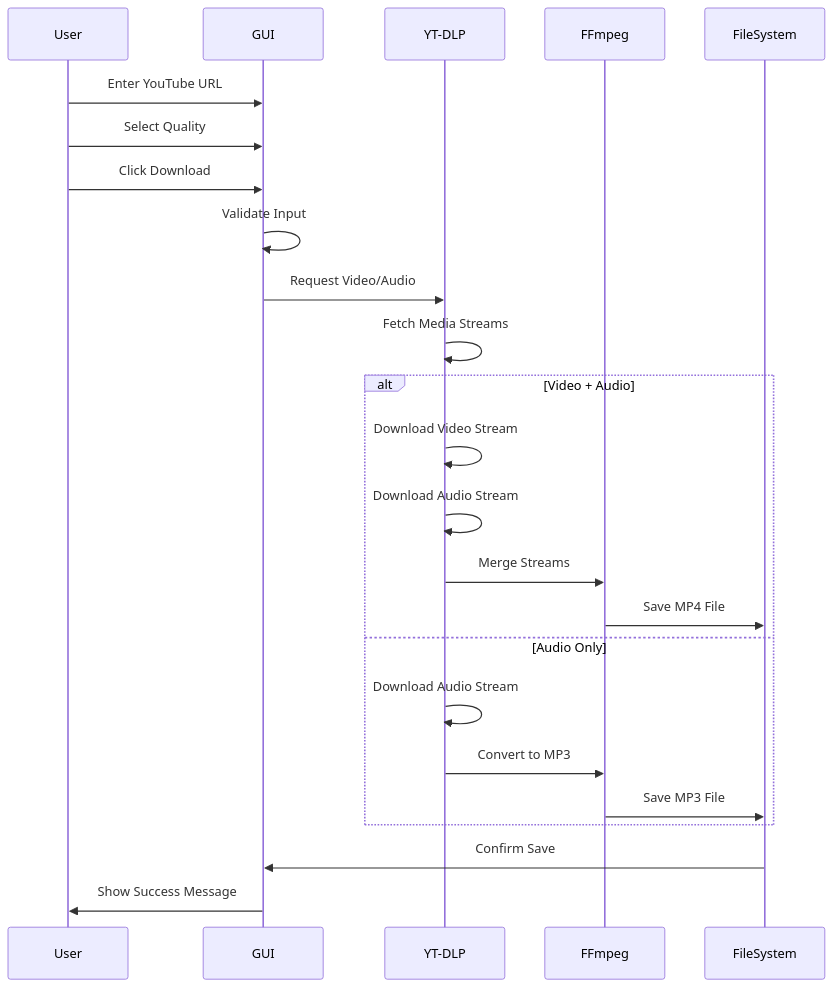
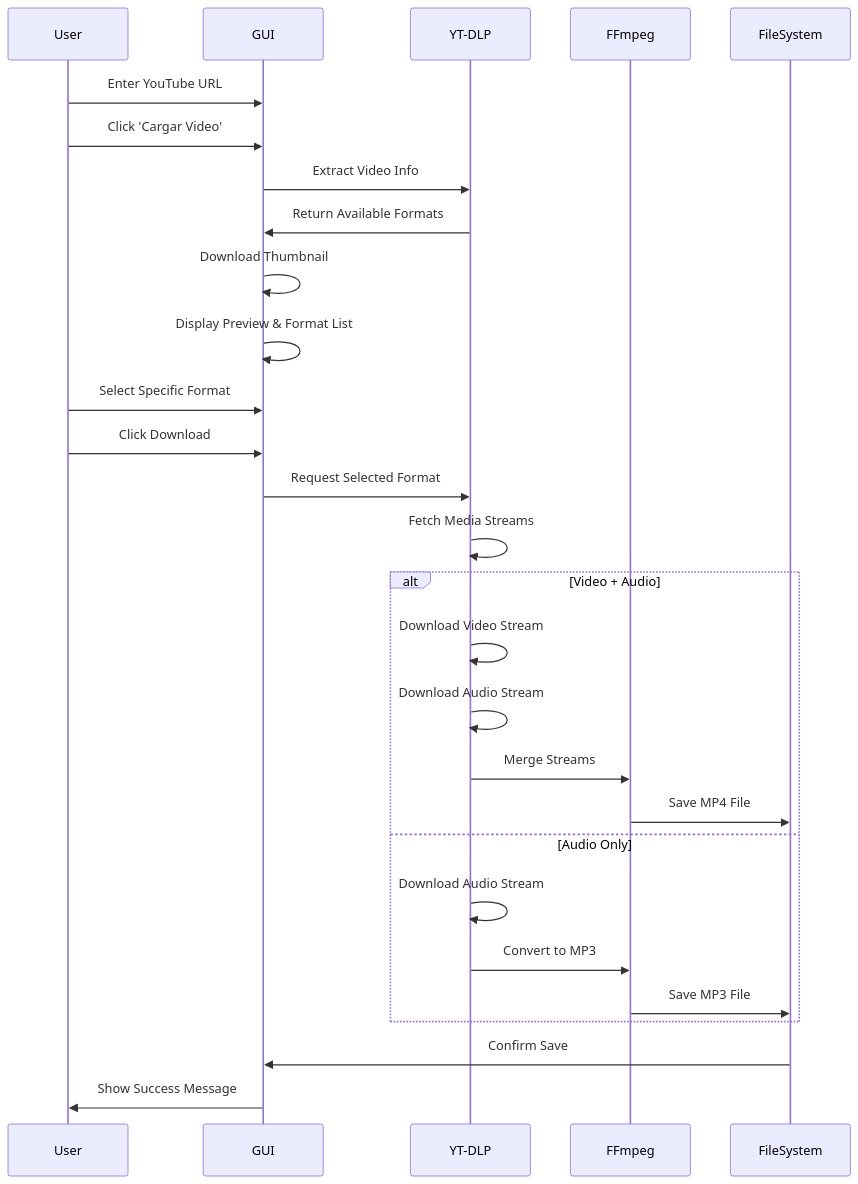
Before and after one commit to ZabaHD4K/DescargadorYT: the second of 5 diagrams in README.md, drawn with Mermaid. The commit also changed other lines of this file and 14 other files, not shown here.

````diff
--- a/README.md
+++ b/README.md
@@ -80,29 +94,33 @@
 ```mermaid
 sequenceDiagram
     participant User
     participant GUI
     participant YT-DLP
     participant FFmpeg
     participant FileSystem
 
     User->>GUI: Enter YouTube URL
-    User->>GUI: Select Quality
+    User->>GUI: Click 'Cargar Video'
+    GUI->>YT-DLP: Extract Video Info
+    YT-DLP->>GUI: Return Available Formats
+    GUI->>GUI: Download Thumbnail
+    GUI->>GUI: Display Preview & Format List
+    User->>GUI: Select Specific Format
     User->>GUI: Click Download
-    GUI->>GUI: Validate Input
-    GUI->>YT-DLP: Request Video/Audio
+    GUI->>YT-DLP: Request Selected Format
     YT-DLP->>YT-DLP: Fetch Media Streams
     
     alt Video + Audio
         YT-DLP->>YT-DLP: Download Video Stream
         YT-DLP->>YT-DLP: Download Audio Stream
         YT-DLP->>FFmpeg: Merge Streams
         FFmpeg->>FileSystem: Save MP4 File
     else Audio Only
         YT-DLP->>YT-DLP: Download Audio Stream
         YT-DLP->>FFmpeg: Convert to MP3
         FFmpeg->>FileSystem: Save MP3 File
     end
     
     FileSystem->>GUI: Confirm Save
     GUI->>User: Show Success Message
 ```
````
